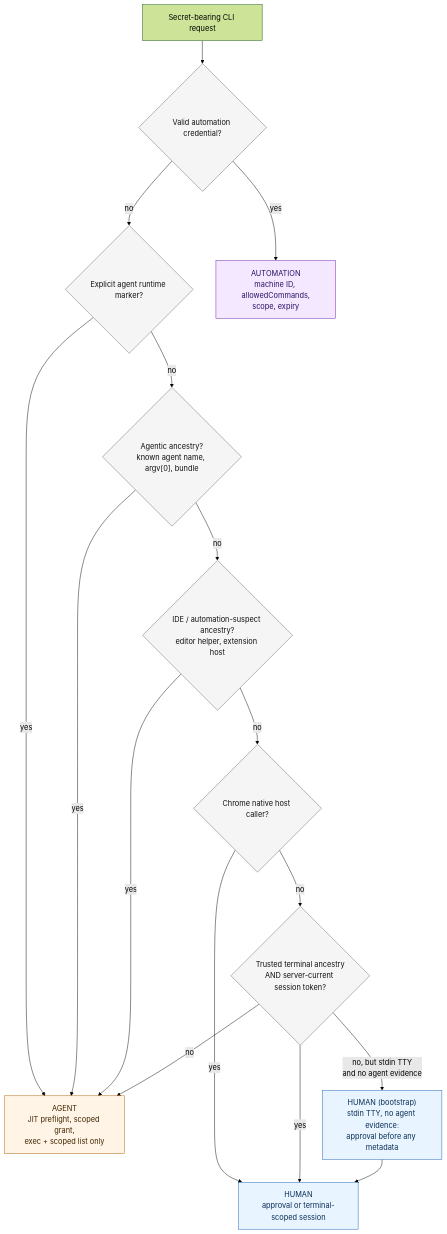
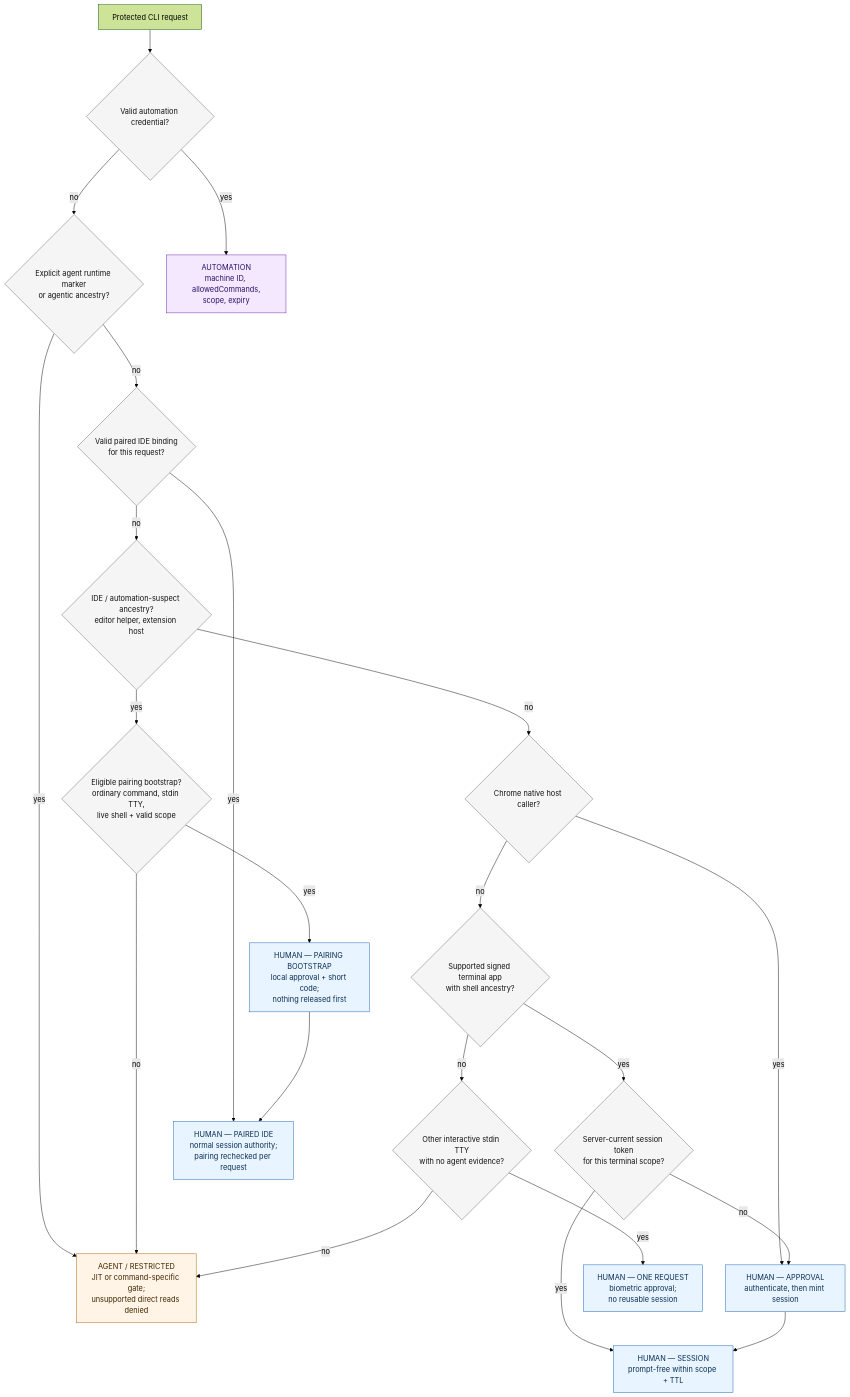
Before and after one commit to james-liang-cs/authsia: the second of 2 diagrams in Doc/specs/security-model.md, drawn with Mermaid (forest theme). The commit also changed other lines of this file and 40 other files, not shown here.

First line of the commit message:
Add host-derived IDE terminal pairing for human CLI access.

````diff
--- a/Doc/specs/security-model.md
+++ b/Doc/specs/security-model.md
@@ -250,41 +252,53 @@
 ```mermaid
 flowchart TB
-    start["Secret-bearing CLI request"]
+    start["Protected CLI request"]
     autoCred{"Valid automation credential?"}
-    marker{"Explicit agent runtime marker?"}
-    agentic{"Agentic ancestry?<br/>known agent name, argv[0], bundle"}
+    agentEvidence{"Explicit agent runtime marker<br/>or agentic ancestry?"}
+    paired{"Valid paired IDE binding<br/>for this request?"}
     ide{"IDE / automation-suspect ancestry?<br/>editor helper, extension host"}
+    pairable{"Eligible pairing bootstrap?<br/>ordinary command, stdin TTY,<br/>live shell + valid scope"}
     chrome{"Chrome native host caller?"}
-    trusted{"Trusted terminal ancestry<br/>AND server-current session token?"}
+    trusted{"Supported signed terminal app<br/>with shell ancestry?"}
+    session{"Server-current session token<br/>for this terminal scope?"}
+    otherTTY{"Other interactive stdin TTY<br/>with no agent evidence?"}
 
     automation["AUTOMATION<br/>machine ID, allowedCommands,<br/>scope, expiry"]
-    agentJIT["AGENT<br/>JIT preflight, scoped grant,<br/>exec + scoped list only"]
-    humanFlow["HUMAN<br/>approval or terminal-scoped session"]
-    bootstrap["HUMAN (bootstrap)<br/>stdin TTY, no agent evidence:<br/>approval before any metadata"]
+    agentJIT["AGENT / RESTRICTED<br/>JIT or command-specific gate;<br/>unsupported direct reads denied"]
+    pairedHuman["HUMAN — PAIRED IDE<br/>normal session authority;<br/>pairing rechecked per request"]
+    pairingBootstrap["HUMAN — PAIRING BOOTSTRAP<br/>local approval + short code;<br/>nothing released first"]
+    humanSession["HUMAN — SESSION<br/>prompt-free within scope + TTL"]
+    humanApproval["HUMAN — APPROVAL<br/>authenticate, then mint session"]
+    oneRequest["HUMAN — ONE REQUEST<br/>biometric approval;<br/>no reusable session"]
 
     start --> autoCred
     autoCred -->|yes| automation
-    autoCred -->|no| marker
-    marker -->|yes| agentJIT
-    marker -->|no| agentic
-    agentic -->|yes| agentJIT
-    agentic -->|no| ide
-    ide -->|yes| agentJIT
+    autoCred -->|no| agentEvidence
+    agentEvidence -->|yes| agentJIT
+    agentEvidence -->|no| paired
+    paired -->|yes| pairedHuman
+    paired -->|no| ide
+    ide -->|yes| pairable
+    pairable -->|yes| pairingBootstrap
+    pairingBootstrap --> pairedHuman
+    pairable -->|no| agentJIT
     ide -->|no| chrome
-    chrome -->|yes| humanFlow
+    chrome -->|yes| humanApproval
     chrome -->|no| trusted
-    trusted -->|yes| humanFlow
-    trusted -->|"no, but stdin TTY<br/>and no agent evidence"| bootstrap
-    trusted -->|"no"| agentJIT
-    bootstrap --> humanFlow
+    trusted -->|yes| session
+    session -->|yes| humanSession
+    session -->|no| humanApproval
+    humanApproval --> humanSession
+    trusted -->|no| otherTTY
+    otherTTY -->|yes| oneRequest
+    otherTTY -->|no| agentJIT
 
     classDef humanPath fill:#e8f4ff,stroke:#1a5fb4,color:#0b2f55;
     classDef agentPath fill:#fff4e5,stroke:#b06000,color:#3f2600;
     classDef autoPath fill:#f3e8ff,stroke:#6b21a8,color:#2e1065;
     classDef gate fill:#f5f5f5,stroke:#666,color:#111;
 
-    class humanFlow,bootstrap humanPath;
+    class pairedHuman,pairingBootstrap,humanSession,humanApproval,oneRequest humanPath;
     class agentJIT agentPath;
     class automation autoPath;
-    class autoCred,marker,agentic,ide,chrome,trusted gate;
+    class autoCred,agentEvidence,paired,ide,pairable,chrome,trusted,session,otherTTY gate;
 ```
````
